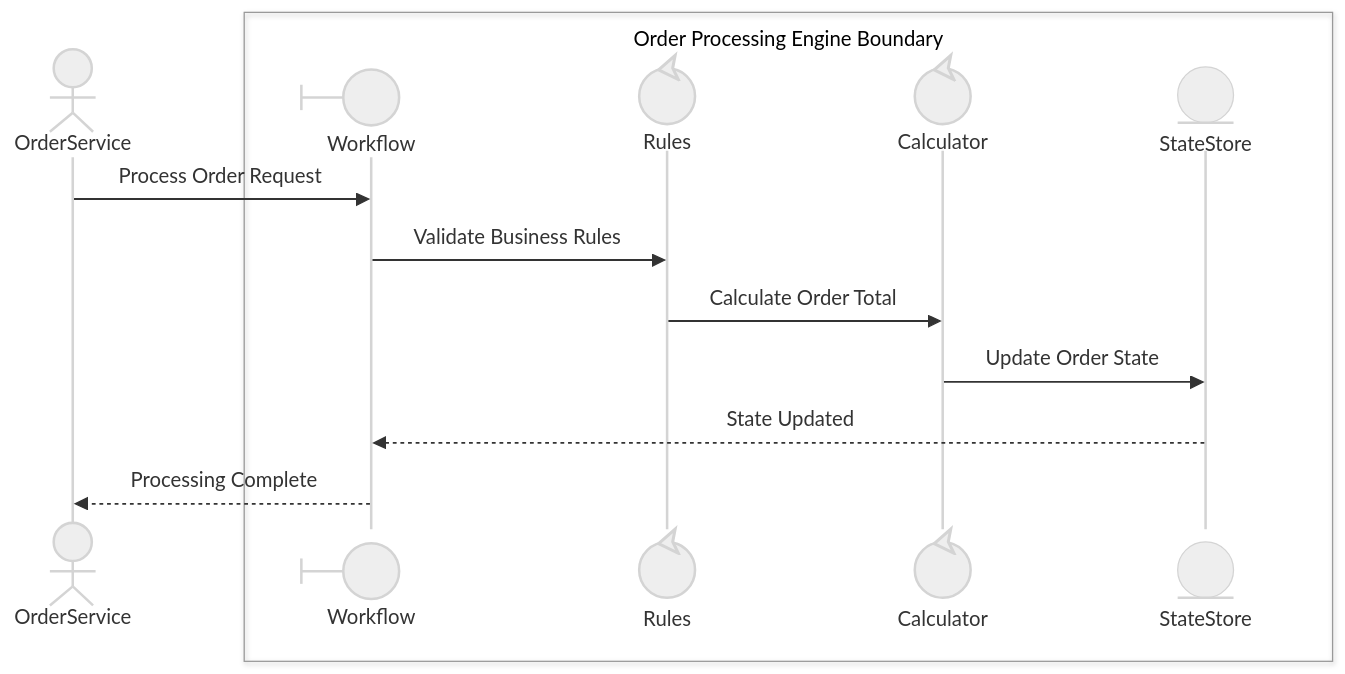
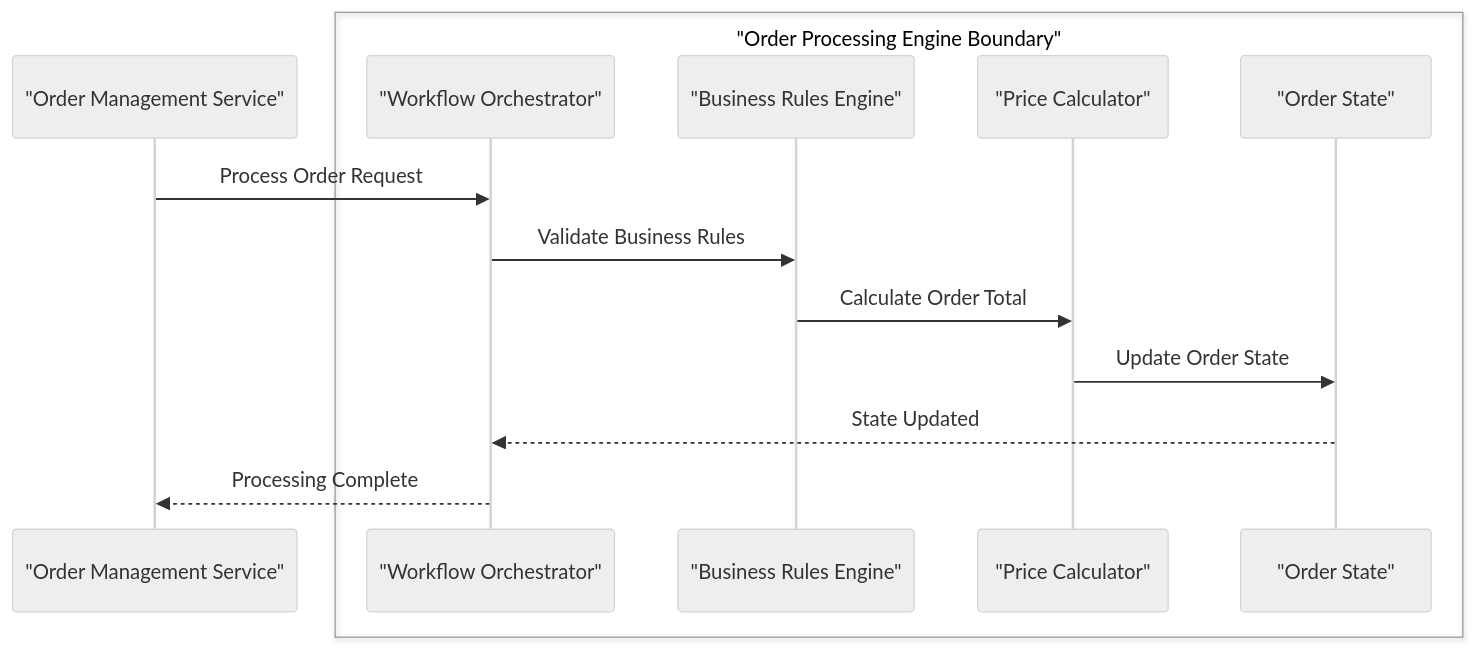
Before and after one commit to zhongadamwang/AI_Slowcooker: the sixth of 6 diagrams in .github/skills/hierarchy-management/references/decomposition-patterns.md, drawn with Mermaid (neutral theme). The commit also changed other lines of this file and 6 other files, not shown here.

````diff
--- a/.github/skills/hierarchy-management/references/decomposition-patterns.md
+++ b/.github/skills/hierarchy-management/references/decomposition-patterns.md
@@ -188,18 +193,19 @@
 ```mermaid
 sequenceDiagram
-    participant OrderService@{ "type": "actor", "label": "Order Management Service" }
+    %% Stereotypes: OrderService=actor | Workflow=boundary, Rules=control, Calculator=control, StateStore=entity
+    participant OrderService as "Order Management Service"
 
-    box Order Processing Engine Boundary
-        participant Workflow@{ "type": "boundary", "label": "Workflow Orchestrator" }
-        participant Rules@{ "type": "control", "label": "Business Rules Engine" }
-        participant Calculator@{ "type": "control", "label": "Price Calculator" }
-        participant StateStore@{ "type": "entity", "label": "Order State" }
+    box "Order Processing Engine Boundary"
+        participant Workflow as "Workflow Orchestrator"
+        participant Rules as "Business Rules Engine"
+        participant Calculator as "Price Calculator"
+        participant StateStore as "Order State"
     end
 
     OrderService->>Workflow: Process Order Request
     Workflow->>Rules: Validate Business Rules
     Rules->>Calculator: Calculate Order Total
     Calculator->>StateStore: Update Order State
     StateStore-->>Workflow: State Updated
     Workflow-->>OrderService: Processing Complete
 ```
````
